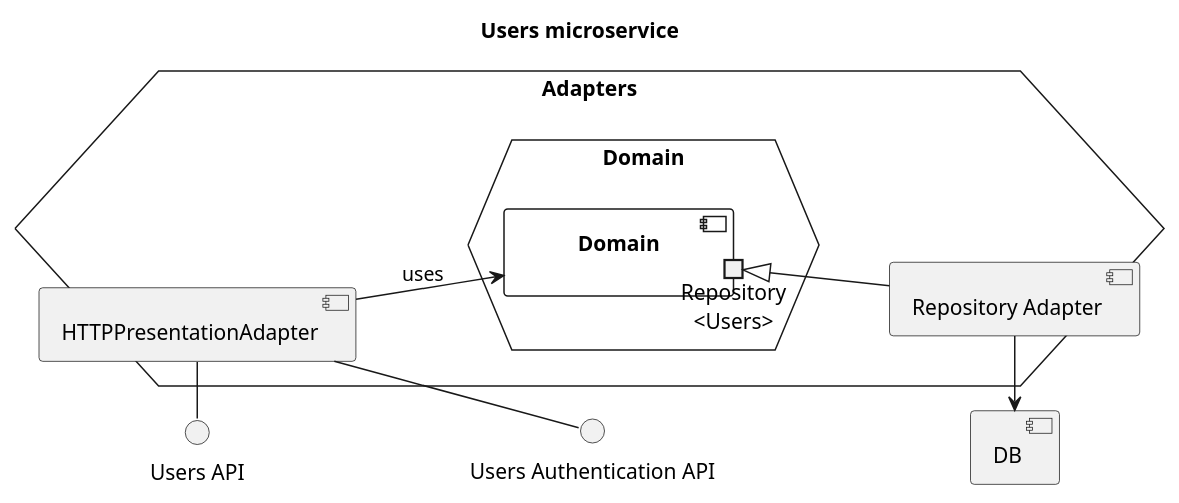
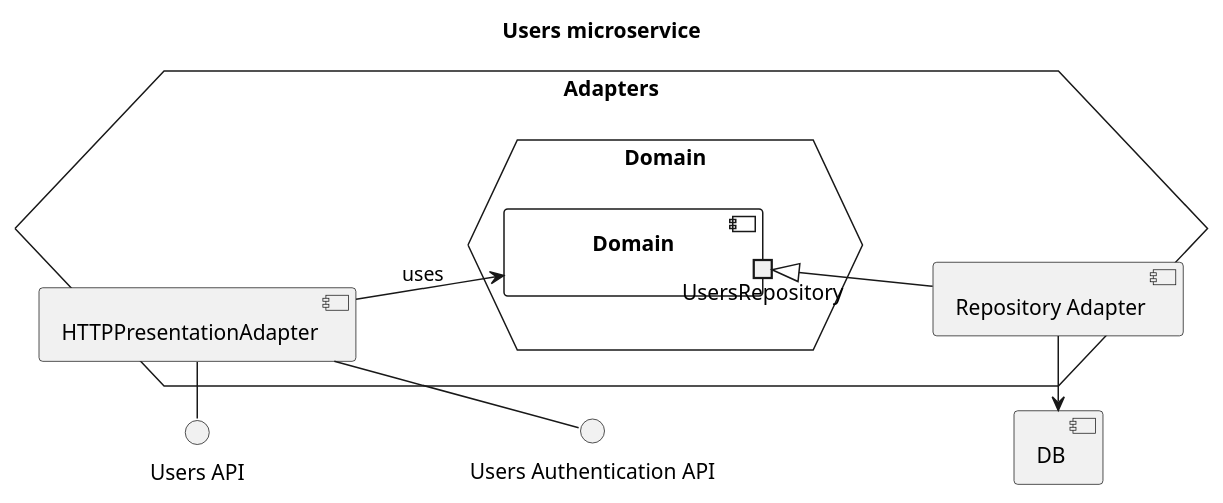
The diagram in doc/diagrams/src/users-components.puml (Ventus218/SAP-assignment-02), drawn with PlantUML before and after one commit. The commit also changed 2 other files, not shown here.

Commit message:
Changed Repository<T> to specific repository names

```diff
--- a/doc/diagrams/src/users-components.puml
+++ b/doc/diagrams/src/users-components.puml
@@ -1,31 +1,31 @@
 @startuml users-components
 
 title "Users microservice"
 
 left to right direction
 
 component "DB"
 interface "Users API" as UsersAPI
 interface "Users Authentication API" as UsersAuthAPI
 
 hexagon Adapters {
     hexagon Domain as DomainHex {
         component Domain {
-            portout "Repository\n<Users>" as Repo
+            portout "UsersRepository" as Repo
 
         }
     }
 
     component "Repository Adapter" as RepoAdapter
     RepoAdapter -u-|> Repo
     RepoAdapter -l-> DB
 
     component "HTTPPresentationAdapter" as HTTPAdapter
     HTTPAdapter -d-> Domain : uses
     HTTPAdapter -() UsersAPI
     HTTPAdapter -() UsersAuthAPI
     ' just for layout
     UsersAPI -[hidden]-> UsersAuthAPI
 }
 
 @enduml
```
